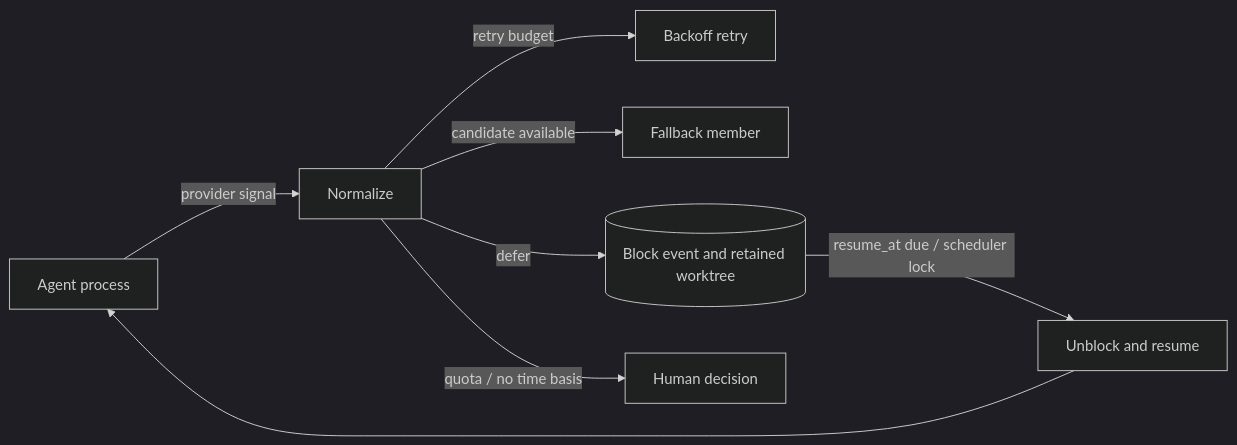
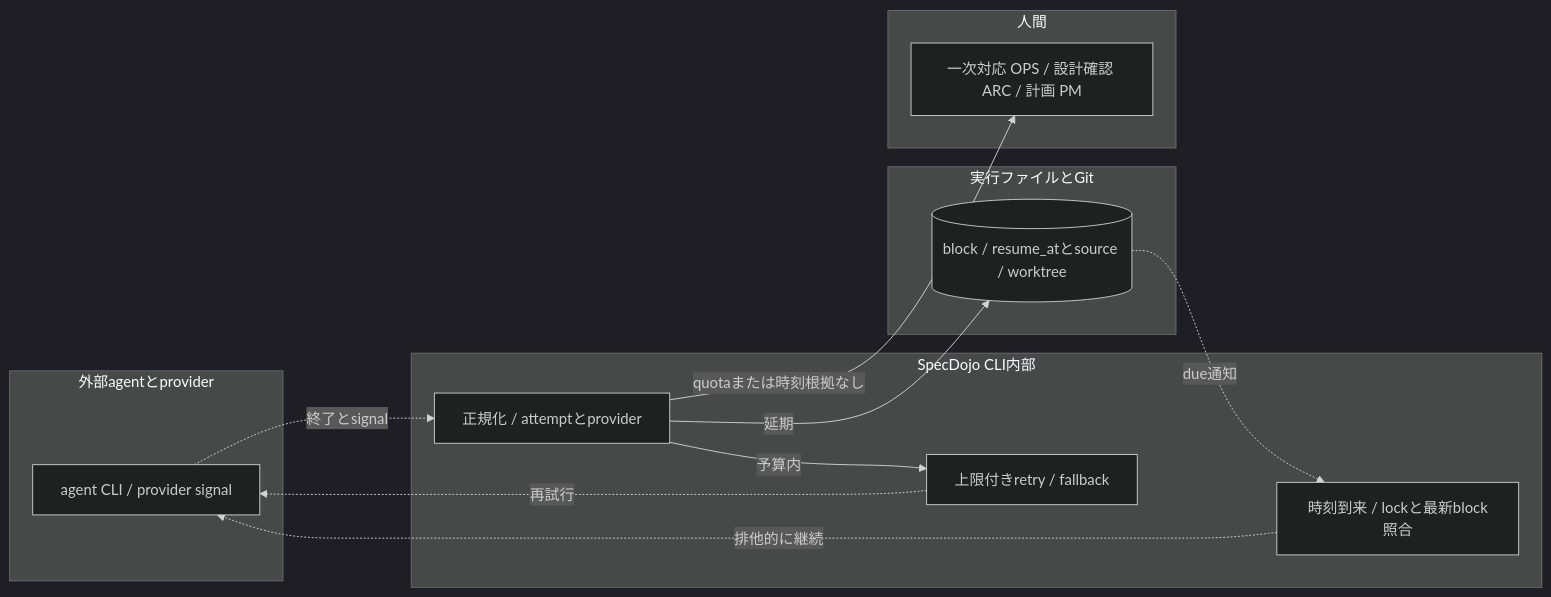
Before and after one commit to specdojo/specdojo: the fifth of 5 diagrams in docs/ja/product/040-system-design/sysd-critical-flows.md, drawn with Mermaid (dark theme). The commit also changed other lines of this file and 12 other files, not shown here.

Commit message:
exec(T-KATA-WAVE-1-sysd-critical-flows-005): apply task changes

````diff
--- a/docs/ja/product/040-system-design/sysd-critical-flows.md
+++ b/docs/ja/product/040-system-design/sysd-critical-flows.md
@@ -134,10 +181,24 @@
 ```mermaid
 flowchart LR
-  A[Agent process] -->|provider signal| N[Normalize]
-  N -->|retry budget| R[Backoff retry]
-  N -->|candidate available| F[Fallback member]
-  N -->|defer| B[(Block event and retained worktree)]
-  B -->|resume_at due / scheduler lock| U[Unblock and resume]
-  U --> A
-  N -->|quota / no time basis| H[Human decision]
+  subgraph X[外部agentとprovider]
+    A[agent CLI / provider signal]
+  end
+  subgraph C[SpecDojo CLI内部]
+    N[正規化 / attemptとprovider]
+    R[上限付きretry / fallback]
+    U[時刻到来 / lockと最新block照合]
+  end
+  subgraph G[実行ファイルとGit]
+    B[(block / resume_atとsource / worktree)]
+  end
+  subgraph H[人間]
+    O[一次対応 OPS / 設計確認 ARC / 計画 PM]
+  end
+  A -.->|終了とsignal| N
+  N -->|予算内| R
+  R -.->|再試行| A
+  N -->|延期| B
+  B -.->|due通知| U
+  U -.->|排他的に継続| A
+  N -->|quotaまたは時刻根拠なし| O
 ```
````
